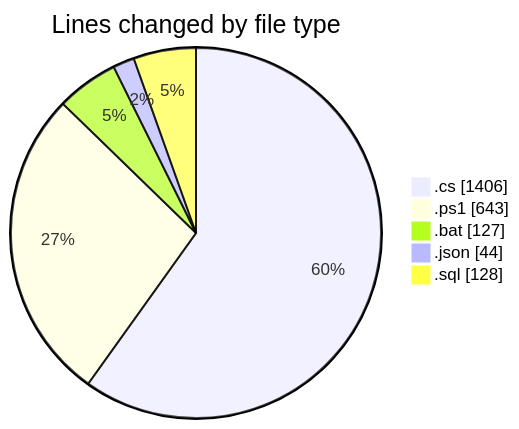
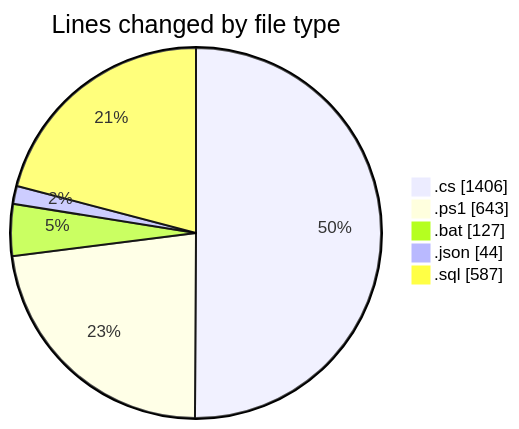
Before and after one commit to lephambinh05/code-tracking: the first of 2 diagrams in 2025-07-28/quanlyrapchieuphim-2/README.md, drawn with Mermaid. The commit also changed other lines of this file and 1 other file, not shown here.

````diff
--- a/2025-07-28/quanlyrapchieuphim-2/README.md
+++ b/2025-07-28/quanlyrapchieuphim-2/README.md
@@ -31,9 +34,9 @@
 ```mermaid
 pie showData
 title Lines changed by file type
 ".cs" : 1406
 ".ps1" : 643
 ".bat" : 127
 ".json" : 44
-".sql" : 128
+".sql" : 587
 ```
````
